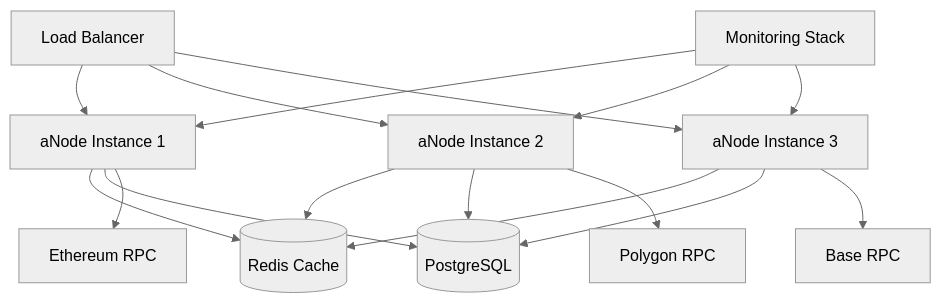
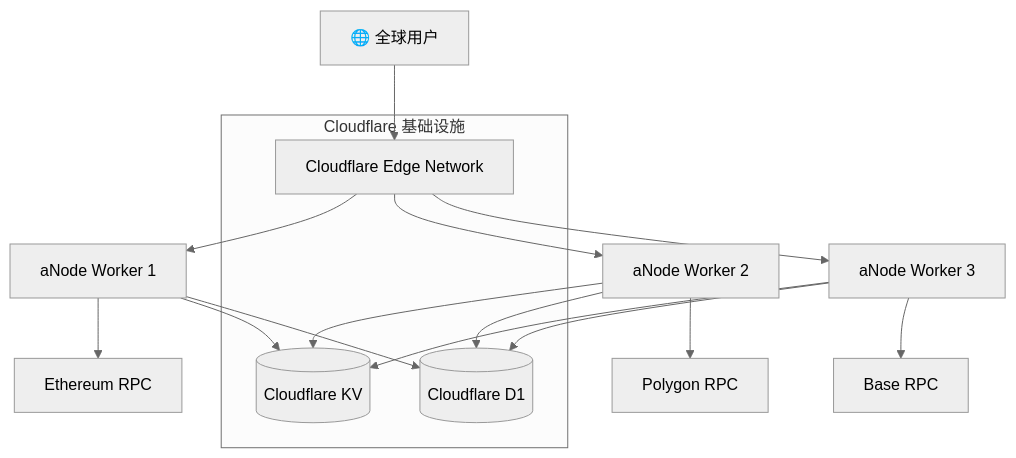
One commit to AAStarCommunity/aNode changed the third of 3 diagrams in docs/aNode-rust/aNodeArchitectureDesign.md. Above: the diagram before and after it, drawn with Mermaid (neutral theme). The commit also changed other lines of this file and 1 other file, not shown here.

````diff
--- a/docs/aNode-rust/aNodeArchitectureDesign.md
+++ b/docs/aNode-rust/aNodeArchitectureDesign.md
@@ -653,22 +448,25 @@
 ```mermaid
 graph TB
-    LB[Load Balancer] --> API1[aNode Instance 1]
-    LB --> API2[aNode Instance 2]
-    LB --> API3[aNode Instance 3]
-    
-    API1 --> Redis[(Redis Cache)]
-    API2 --> Redis
-    API3 --> Redis
-    
-    API1 --> DB[(PostgreSQL)]
-    API2 --> DB
-    API3 --> DB
-    
-    API1 --> RPC1[Ethereum RPC]
-    API2 --> RPC2[Polygon RPC]
-    API3 --> RPC3[Base RPC]
-    
-    Monitor[Monitoring Stack] --> API1
-    Monitor --> API2
-    Monitor --> API3
+    User[🌐 全球用户] --> CF[Cloudflare Edge Network]
+    CF --> Worker1[aNode Worker 1]
+    CF --> Worker2[aNode Worker 2]
+    CF --> Worker3[aNode Worker 3]
+
+    Worker1 --> KV[(Cloudflare KV)]
+    Worker2 --> KV
+    Worker3 --> KV
+
+    Worker1 --> RPC1[Ethereum RPC]
+    Worker2 --> RPC2[Polygon RPC]
+    Worker3 --> RPC3[Base RPC]
+
+    Worker1 --> D1[(Cloudflare D1)]
+    Worker2 --> D1
+    Worker3 --> D1
+
+    subgraph "Cloudflare 基础设施"
+        KV
+        D1
+        CF
+    end
 ```
````
